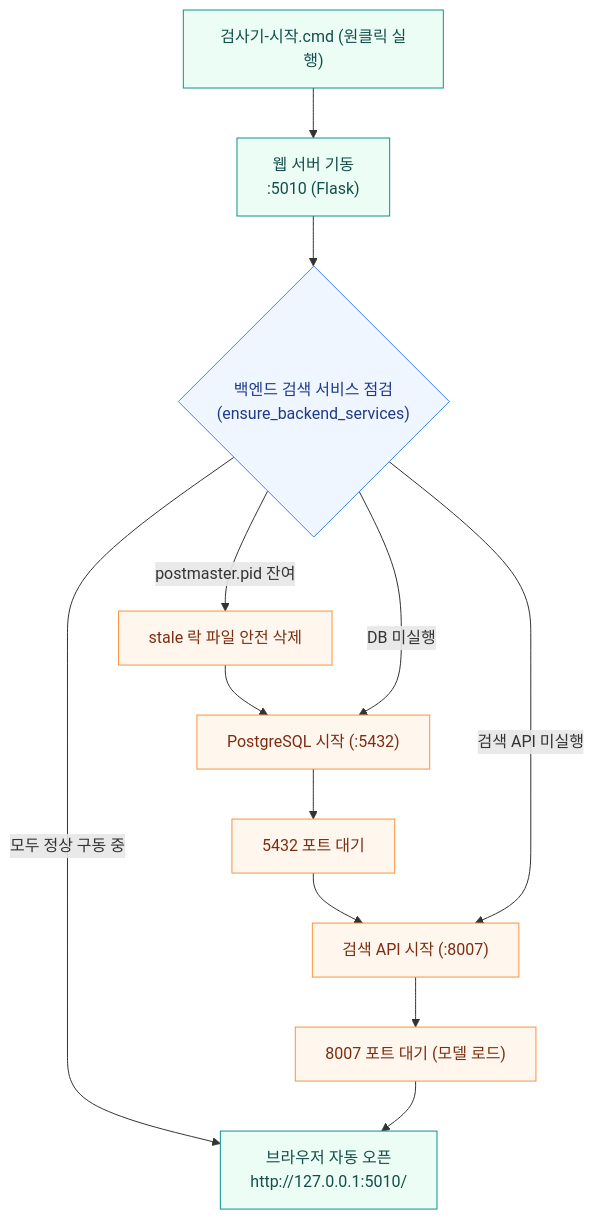
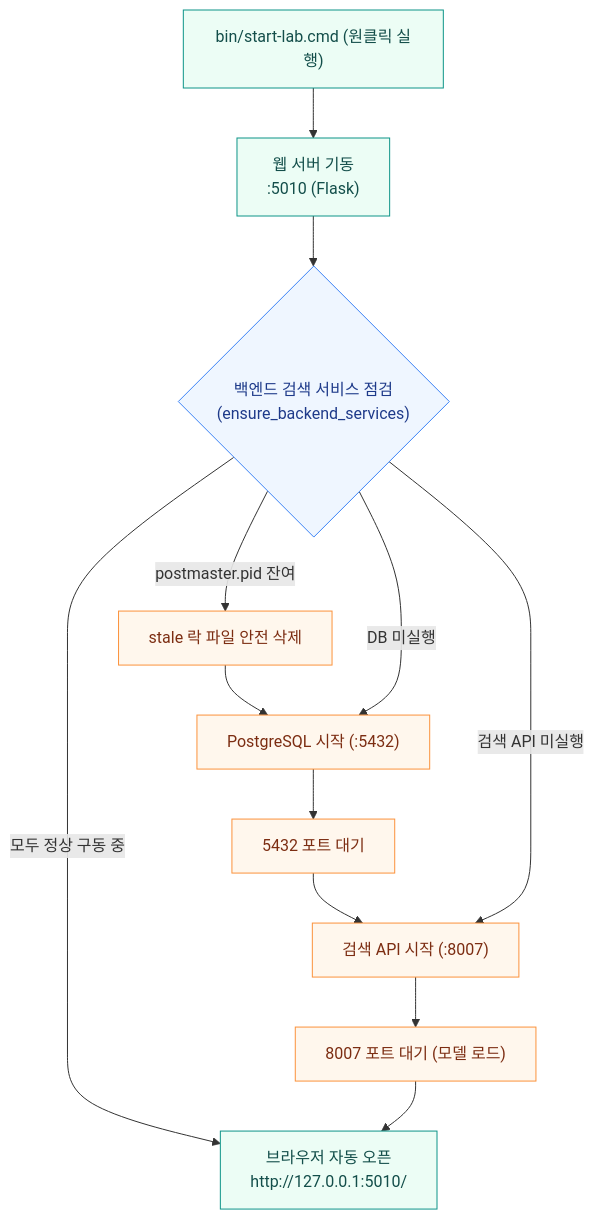
Before and after one commit to hy040504/ai-complaint-process: the fourth of 4 diagrams in README.md, drawn with Mermaid. The commit also changed other lines of this file and 191 other files, not shown here.

````diff
--- a/README.md
+++ b/README.md
@@ -356,20 +356,20 @@
 ```mermaid
 flowchart TD
-    CMD["검사기-시작.cmd (원클릭 실행)"] --> WEB["웹 서버 기동<br/>:5010 (Flask)"]
+    CMD["bin/start-lab.cmd (원클릭 실행)"] --> WEB["웹 서버 기동<br/>:5010 (Flask)"]
     WEB --> CHK{"백엔드 검색 서비스 점검<br/>(ensure_backend_services)"}
     CHK -->|postmaster.pid 잔여| CLN["stale 락 파일 안전 삭제"]
     CLN --> DB["PostgreSQL 시작 (:5432)"]
     CHK -->|DB 미실행| DB
     DB --> WAIT1["5432 포트 대기"]
     WAIT1 --> SRCH["검색 API 시작 (:8007)"]
     CHK -->|검색 API 미실행| SRCH
     SRCH --> WAIT2["8007 포트 대기 (모델 로드)"]
     CHK -->|모두 정상 구동 중| BROWSER["브라우저 자동 오픈<br/>http://127.0.0.1:5010/"]
     WAIT2 --> BROWSER
     classDef main fill:#ecfdf5,stroke:#0d9488,color:#134e4a
     classDef check fill:#eff6ff,stroke:#3b82f6,color:#1e3a8a
     classDef auto fill:#fff7ed,stroke:#fb923c,color:#7c2d12
     class CMD,WEB,BROWSER main
     class CHK check
     class CLN,DB,WAIT1,SRCH,WAIT2 auto
 ```
````
